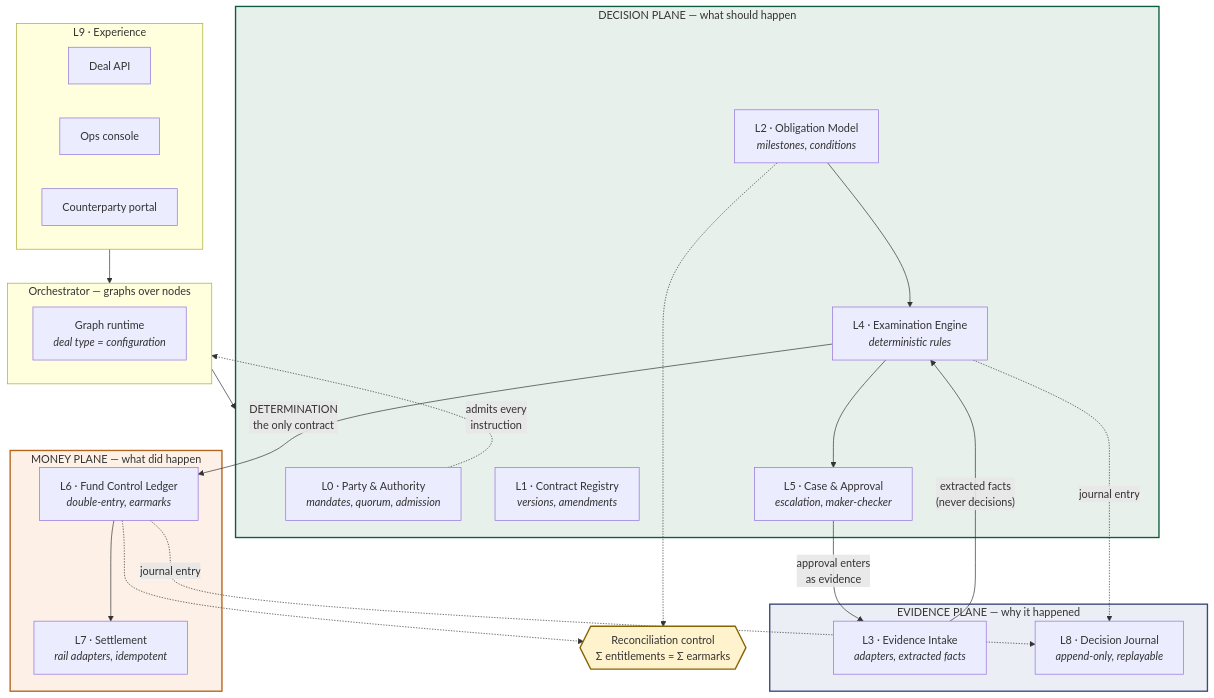
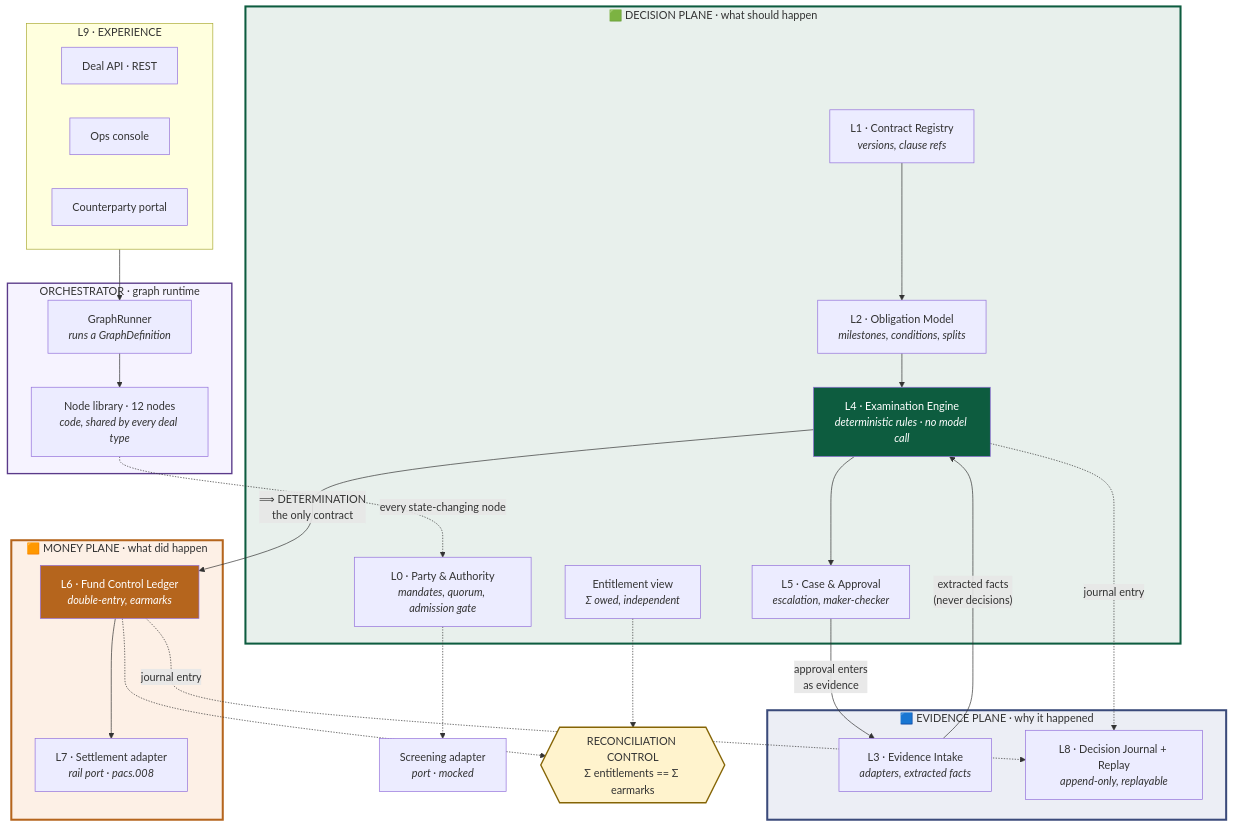
Before and after one commit to pratikhunny/verdict: the second of 11 diagrams in docs/02-hld.md, drawn with Mermaid. The commit also changed other lines of this file and 59 other files, not shown here.

````diff
--- a/docs/02-hld.md
+++ b/docs/02-hld.md
@@ -75,51 +93,59 @@
 ```mermaid
 flowchart TB
-    subgraph exp["L9 · Experience"]
-        api["Deal API"]
+    subgraph exp["L9 · EXPERIENCE"]
+        api["Deal API · REST"]
         console["Ops console"]
         portal["Counterparty portal"]
     end
 
-    subgraph orch["Orchestrator — graphs over nodes"]
-        dag["Graph runtime<br/><i>deal type = configuration</i>"]
+    subgraph orch["ORCHESTRATOR · graph runtime"]
+        runner["GraphRunner<br/><i>runs a GraphDefinition</i>"]
+        nodes["Node library · 12 nodes<br/><i>code, shared by every deal type</i>"]
     end
 
-    subgraph dec["DECISION PLANE — what should happen"]
-        l0["L0 · Party &amp; Authority<br/><i>mandates, quorum, admission</i>"]
-        l1["L1 · Contract Registry<br/><i>versions, amendments</i>"]
-        l2["L2 · Obligation Model<br/><i>milestones, conditions</i>"]
-        l4["L4 · Examination Engine<br/><i>deterministic rules</i>"]
+    subgraph dec["🟩 DECISION PLANE · what should happen"]
+        l0["L0 · Party &amp; Authority<br/><i>mandates, quorum, admission gate</i>"]
+        l1["L1 · Contract Registry<br/><i>versions, clause refs</i>"]
+        l2["L2 · Obligation Model<br/><i>milestones, conditions, splits</i>"]
+        l4["L4 · Examination Engine<br/><i>deterministic rules · no model call</i>"]
         l5["L5 · Case &amp; Approval<br/><i>escalation, maker-checker</i>"]
+        ent["Entitlement view<br/><i>Σ owed, independent</i>"]
     end
 
-    subgraph ev["EVIDENCE PLANE — why it happened"]
+    subgraph ev["🟦 EVIDENCE PLANE · why it happened"]
         l3["L3 · Evidence Intake<br/><i>adapters, extracted facts</i>"]
-        l8["L8 · Decision Journal<br/><i>append-only, replayable</i>"]
+        l8["L8 · Decision Journal + Replay<br/><i>append-only, replayable</i>"]
     end
 
-    subgraph mon["MONEY PLANE — what did happen"]
+    subgraph mon["🟧 MONEY PLANE · what did happen"]
         l6["L6 · Fund Control Ledger<br/><i>double-entry, earmarks</i>"]
-        l7["L7 · Settlement<br/><i>rail adapters, idempotent</i>"]
+        l7["L7 · Settlement adapter<br/><i>rail port · pacs.008</i>"]
     end
 
-    exp --> orch
-    orch --> dec
+    scr["Screening adapter<br/><i>port · mocked</i>"]
+
+    exp --> runner
+    runner --> nodes
+    nodes -.->|"every state-changing node"| l0
+    l0 -.-> scr
+    l1 --> l2 --> l4
     l3 -->|"extracted facts<br/>(never decisions)"| l4
-    l2 --> l4
-    l4 -->|"DETERMINATION<br/>the only contract"| l6
+    l4 -->|"⟹ DETERMINATION<br/>the only contract"| l6
     l4 --> l5
     l5 -->|"approval enters<br/>as evidence"| l3
     l6 --> l7
     l4 -.->|"journal entry"| l8
     l6 -.->|"journal entry"| l8
-    l0 -.->|"admits every<br/>instruction"| orch
 
-    recon{{"Reconciliation control<br/>Σ entitlements = Σ earmarks"}}
-    l2 -.-> recon
+    recon{{"RECONCILIATION CONTROL<br/>Σ entitlements == Σ earmarks"}}
+    ent -.-> recon
     l6 -.-> recon
 
-    style dec fill:#e8f0ec,stroke:#0d5c3f,stroke-width:2px
-    style mon fill:#fdf0e6,stroke:#b5651d,stroke-width:2px
-    style ev fill:#eceef5,stroke:#3a4a7a,stroke-width:2px
+    style dec fill:#e8f0ec,stroke:#0d5c3f,stroke-width:3px
+    style mon fill:#fdf0e6,stroke:#b5651d,stroke-width:3px
+    style ev fill:#eceef5,stroke:#3a4a7a,stroke-width:3px
+    style orch fill:#f6f3ff,stroke:#5a3a8a,stroke-width:2px
     style recon fill:#fff3cd,stroke:#856404,stroke-width:2px
+    style l4 fill:#0d5c3f,color:#fff
+    style l6 fill:#b5651d,color:#fff
 ```
````
